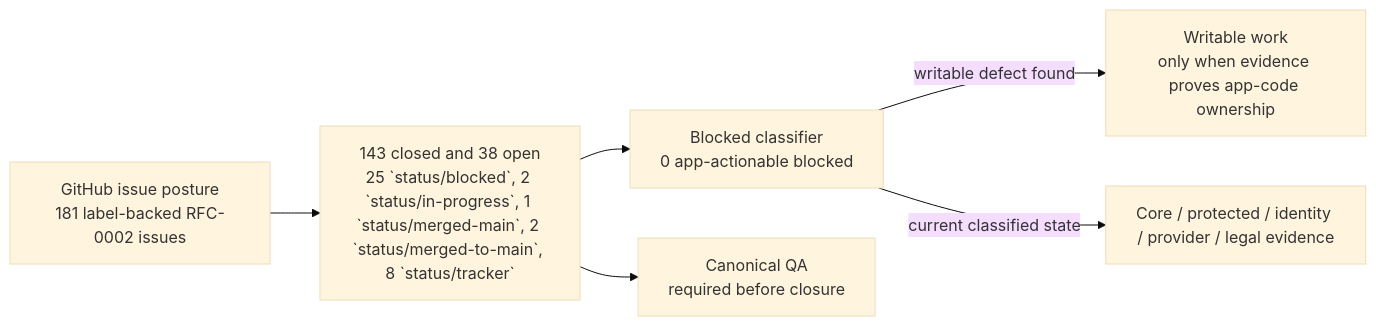
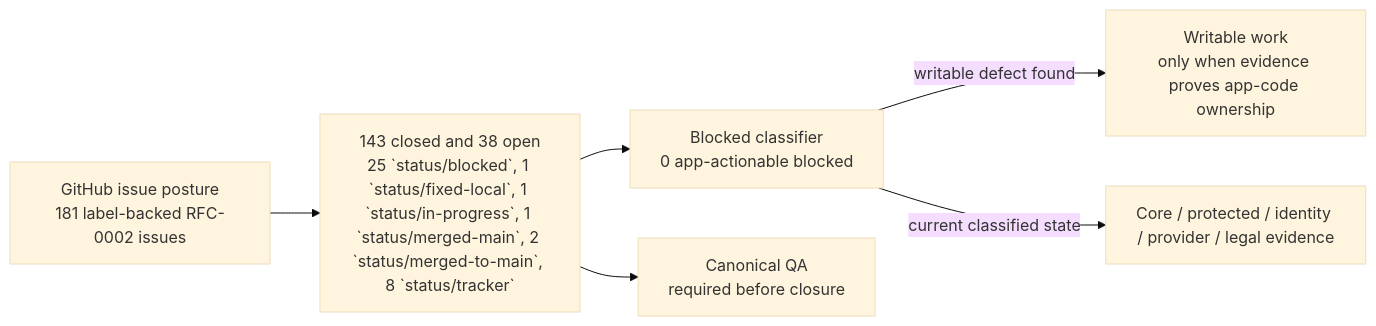
One commit to sgajbi/lotus-idea changed the first of 2 diagrams in wiki/RFC-0002-Execution-Status.md. Above: the diagram before and after it, drawn with Mermaid (base theme). The commit also changed other lines of this file and 9 other files, not shown here.

````diff
--- a/wiki/RFC-0002-Execution-Status.md
+++ b/wiki/RFC-0002-Execution-Status.md
@@ -39,15 +39,15 @@
 ```mermaid
 flowchart LR
     Issues["GitHub issue posture<br/>181 label-backed RFC-0002 issues"]
-    Open["143 closed and 38 open<br/>25 `status/blocked`, 2 `status/in-progress`, 1 `status/merged-main`, 2 `status/merged-to-main`, 8 `status/tracker`"]
+    Open["143 closed and 38 open<br/>25 `status/blocked`, 1 `status/fixed-local`, 1 `status/in-progress`, 1 `status/merged-main`, 2 `status/merged-to-main`, 8 `status/tracker`"]
     Blocked["Blocked classifier<br/>0 app-actionable blocked"]
     Work["Writable work<br/>only when evidence proves app-code ownership"]
     External["Core / protected / identity / provider / legal evidence"]
     QA["Canonical QA<br/>required before closure"]
 
     Issues --> Open
     Open --> Blocked
     Blocked -->|"writable defect found"| Work
     Blocked -->|"current classified state"| External
     Open --> QA
 ```
````
